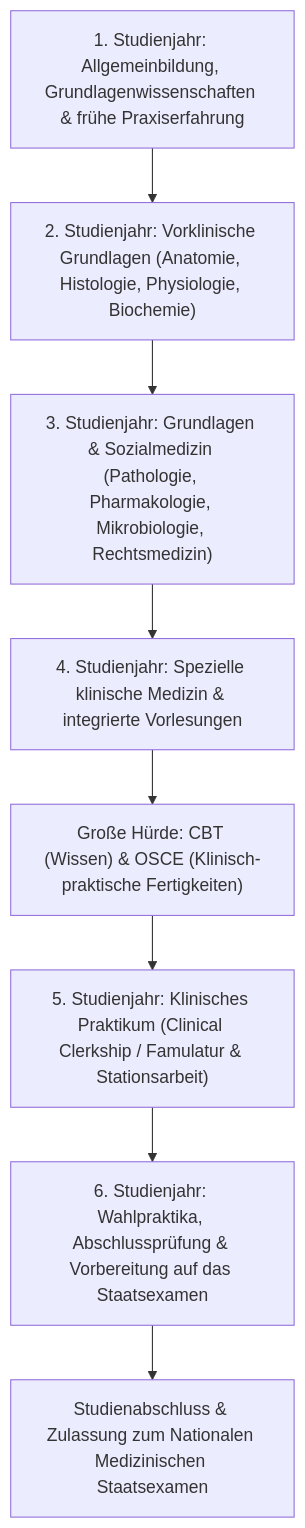
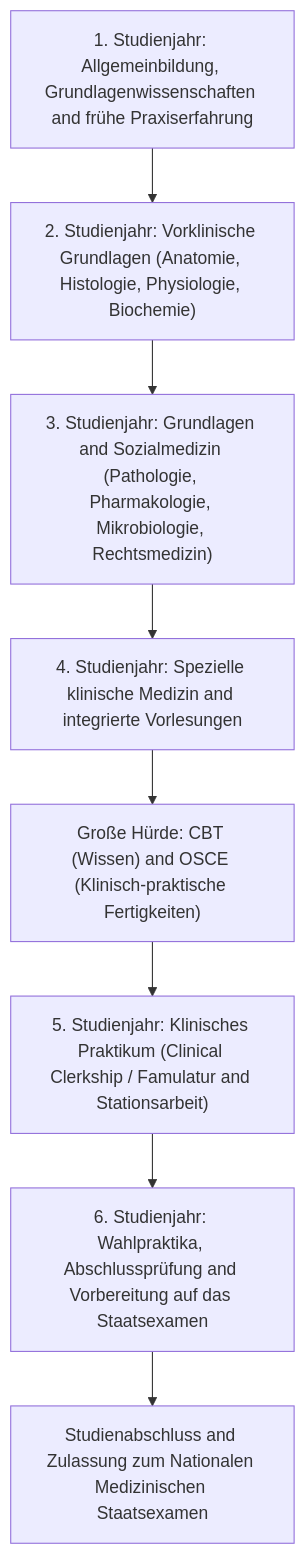
The second of 7 diagrams in content/post/medical-doctor-education-qualifications-specialties/index.de.md (kenjinote/blog), drawn with Mermaid before and after one commit. The commit also changed other lines of this file and 12 other files, not shown here.

Commit message:
fix(medical-doctor): resolve mermaid syntax error in subgraph and fix unrendered bold asterisks

````diff
--- a/content/post/medical-doctor-education-qualifications-specialties/index.de.md
+++ b/content/post/medical-doctor-education-qualifications-specialties/index.de.md
@@ -66,10 +66,10 @@
 ```mermaid
 flowchart TD
-    M1["1. Studienjahr: Allgemeinbildung, Grundlagenwissenschaften & frühe Praxiserfahrung"] --> M2["2. Studienjahr: Vorklinische Grundlagen (Anatomie, Histologie, Physiologie, Biochemie)"]
-    M2 --> M3["3. Studienjahr: Grundlagen & Sozialmedizin (Pathologie, Pharmakologie, Mikrobiologie, Rechtsmedizin)"]
-    M3 --> M4["4. Studienjahr: Spezielle klinische Medizin & integrierte Vorlesungen"]
-    M4 --> EXAM["Große Hürde: CBT (Wissen) & OSCE (Klinisch-praktische Fertigkeiten)"]
-    EXAM --> M5["5. Studienjahr: Klinisches Praktikum (Clinical Clerkship / Famulatur & Stationsarbeit)"]
-    M5 --> M6["6. Studienjahr: Wahlpraktika, Abschlussprüfung & Vorbereitung auf das Staatsexamen"]
-    M6 --> GRAD["Studienabschluss & Zulassung zum Nationalen Medizinischen Staatsexamen"]
+    M1["1. Studienjahr: Allgemeinbildung, Grundlagenwissenschaften and frühe Praxiserfahrung"] --> M2["2. Studienjahr: Vorklinische Grundlagen (Anatomie, Histologie, Physiologie, Biochemie)"]
+    M2 --> M3["3. Studienjahr: Grundlagen and Sozialmedizin (Pathologie, Pharmakologie, Mikrobiologie, Rechtsmedizin)"]
+    M3 --> M4["4. Studienjahr: Spezielle klinische Medizin and integrierte Vorlesungen"]
+    M4 --> EXAM["Große Hürde: CBT (Wissen) and OSCE (Klinisch-praktische Fertigkeiten)"]
+    EXAM --> M5["5. Studienjahr: Klinisches Praktikum (Clinical Clerkship / Famulatur and Stationsarbeit)"]
+    M5 --> M6["6. Studienjahr: Wahlpraktika, Abschlussprüfung and Vorbereitung auf das Staatsexamen"]
+    M6 --> GRAD["Studienabschluss and Zulassung zum Nationalen Medizinischen Staatsexamen"]
 ```
````
